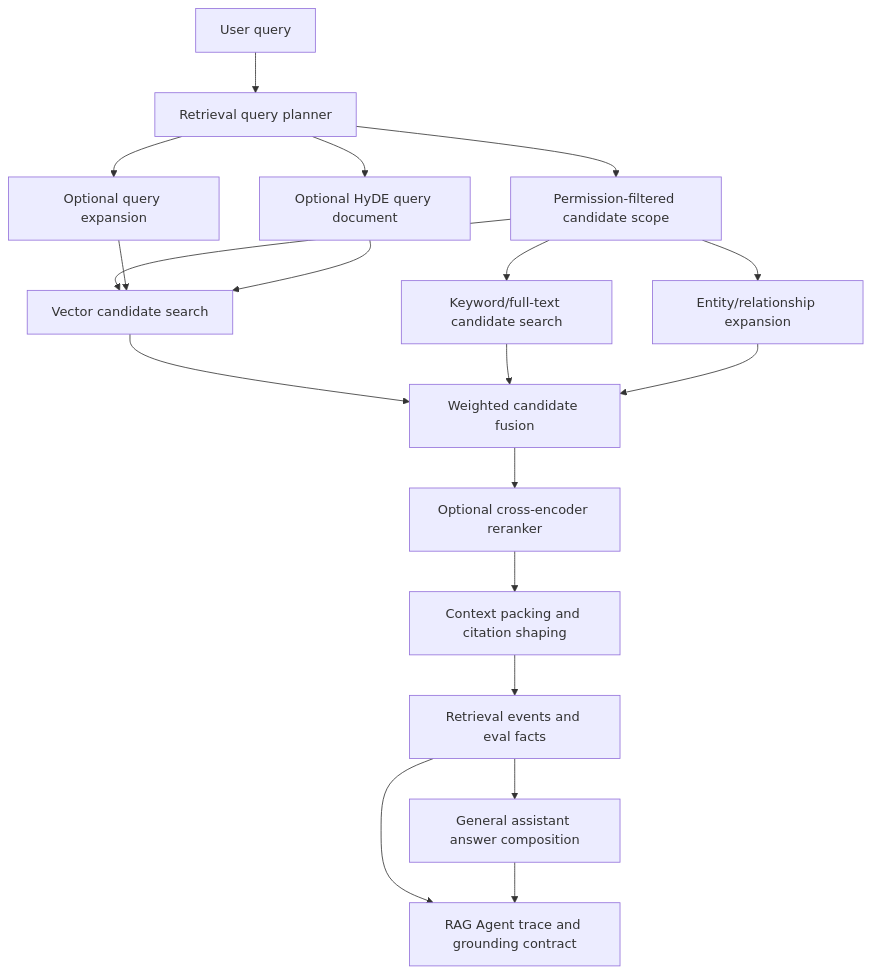
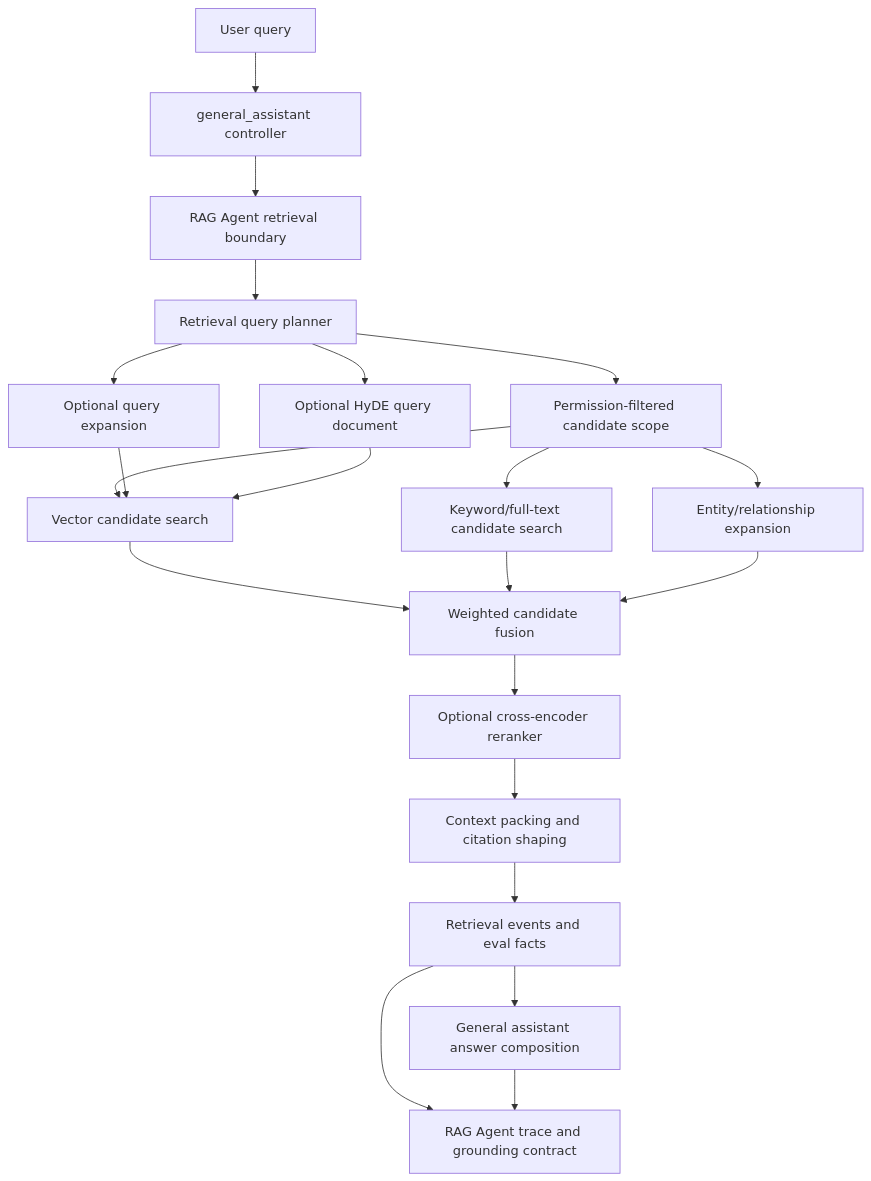
Before and after one commit to heecheon92/my-agents: the diagram in docs/product-chat-service/en/12-retrieval-agent-hybrid-reference.md, drawn with Mermaid. The commit also changed other lines of this file and 45 other files, not shown here.

````diff
--- a/docs/product-chat-service/en/12-retrieval-agent-hybrid-reference.md
+++ b/docs/product-chat-service/en/12-retrieval-agent-hybrid-reference.md
@@ -11,21 +11,23 @@
 ```mermaid
 flowchart TD
-    Query[User query] --> Plan[Retrieval query planner]
+    Query[User query] --> GA[general_assistant controller]
+    GA --> RAG[RAG Agent retrieval boundary]
+    RAG --> Plan[Retrieval query planner]
     Plan --> Auth[Permission-filtered candidate scope]
     Auth --> Vector[Vector candidate search]
     Auth --> FullText[Keyword/full-text candidate search]
     Auth --> Graph[Entity/relationship expansion]
     Plan --> Expand[Optional query expansion]
     Plan --> HyDE[Optional HyDE query document]
     Expand --> Vector
     HyDE --> Vector
     Vector --> Fuse[Weighted candidate fusion]
     FullText --> Fuse
     Graph --> Fuse
     Fuse --> Rerank[Optional cross-encoder reranker]
     Rerank --> Pack[Context packing and citation shaping]
     Pack --> Evidence[Retrieval events and eval facts]
     Evidence --> RAGAgent[RAG Agent trace and grounding contract]
     Evidence --> Assistant[General assistant answer composition]
     Assistant --> RAGAgent
 ```
````
